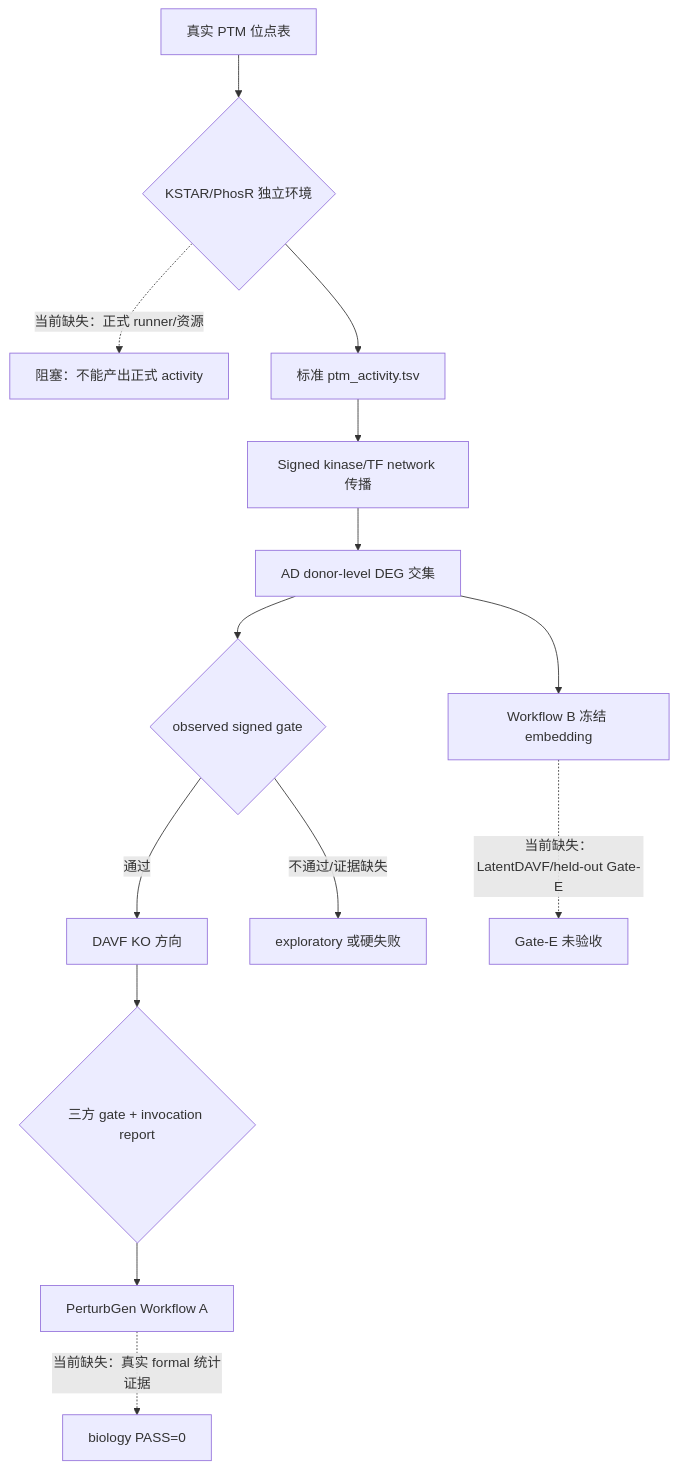
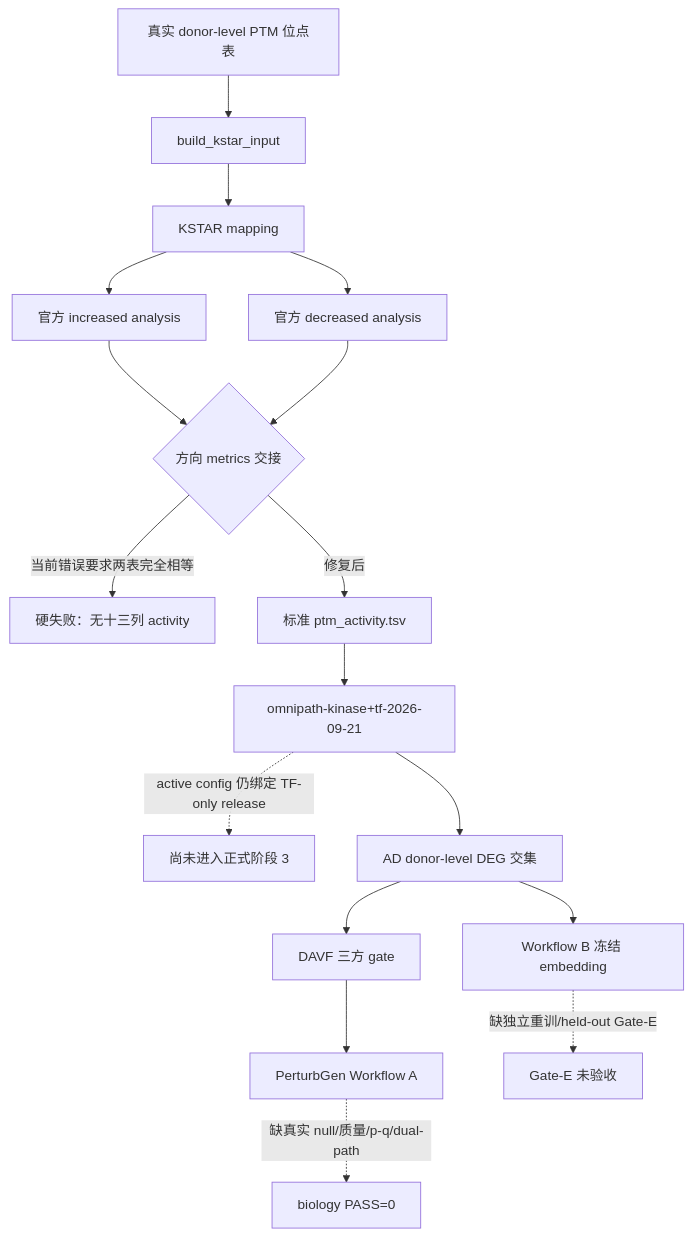
Before and after one commit to valleyhe/PTM2CellNet: the diagram in project_analysis_20260920.md, drawn with Mermaid. The commit also changed other lines of this file and 10 other files, not shown here.

````diff
--- a/project_analysis_20260920.md
+++ b/project_analysis_20260920.md
@@ -122,16 +158,19 @@
 ```mermaid
 flowchart TD
-  A[真实 PTM 位点表] --> B{KSTAR/PhosR 独立环境}
-  B -. 当前缺失：正式 runner/资源 .-> X[阻塞：不能产出正式 activity]
-  B --> C[标准 ptm_activity.tsv]
-  C --> D[Signed kinase/TF network 传播]
-  D --> E[AD donor-level DEG 交集]
-  E --> F{observed signed gate}
-  F -->|通过| G[DAVF KO 方向]
-  F -->|不通过/证据缺失| H[exploratory 或硬失败]
-  G --> I{三方 gate + invocation report}
-  I --> J[PerturbGen Workflow A]
-  J -. 当前缺失：真实 formal 统计证据 .-> K[biology PASS=0]
-  E --> L[Workflow B 冻结 embedding]
-  L -. 当前缺失：LatentDAVF/held-out Gate-E .-> M[Gate-E 未验收]
+  A[真实 donor-level PTM 位点表] --> B[build_kstar_input]
+  B --> C[KSTAR mapping]
+  C --> D[官方 increased analysis]
+  C --> E[官方 decreased analysis]
+  D --> F{方向 metrics 交接}
+  E --> F
+  F -->|当前错误要求两表完全相等| X[硬失败：无十三列 activity]
+  F -->|修复后| G[标准 ptm_activity.tsv]
+  G --> H[omnipath-kinase+tf-2026-09-21]
+  H -. active config 仍绑定 TF-only release .-> Y[尚未进入正式阶段 3]
+  H --> I[AD donor-level DEG 交集]
+  I --> J[DAVF 三方 gate]
+  J --> K[PerturbGen Workflow A]
+  K -. 缺真实 null/质量/p-q/dual-path .-> L[biology PASS=0]
+  I --> M[Workflow B 冻结 embedding]
+  M -. 缺独立重训/held-out Gate-E .-> N[Gate-E 未验收]
 ```
````
